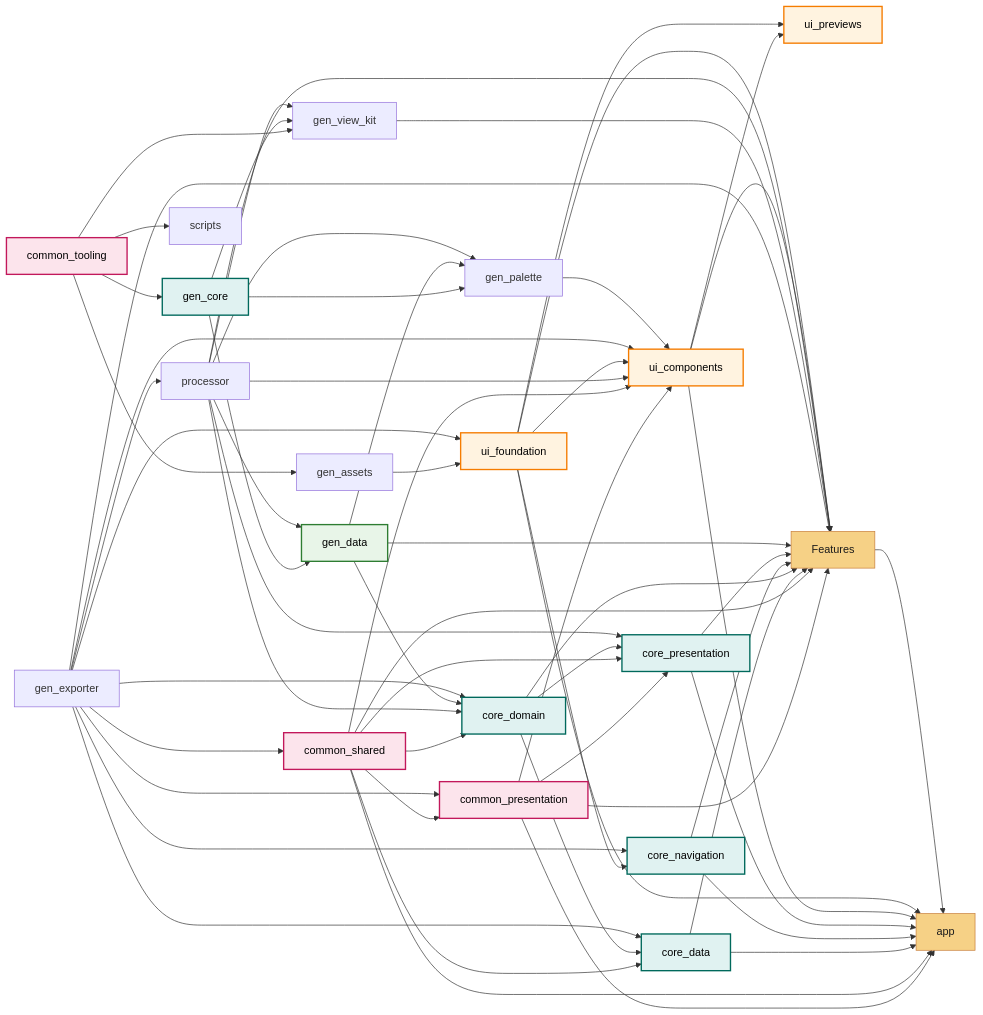
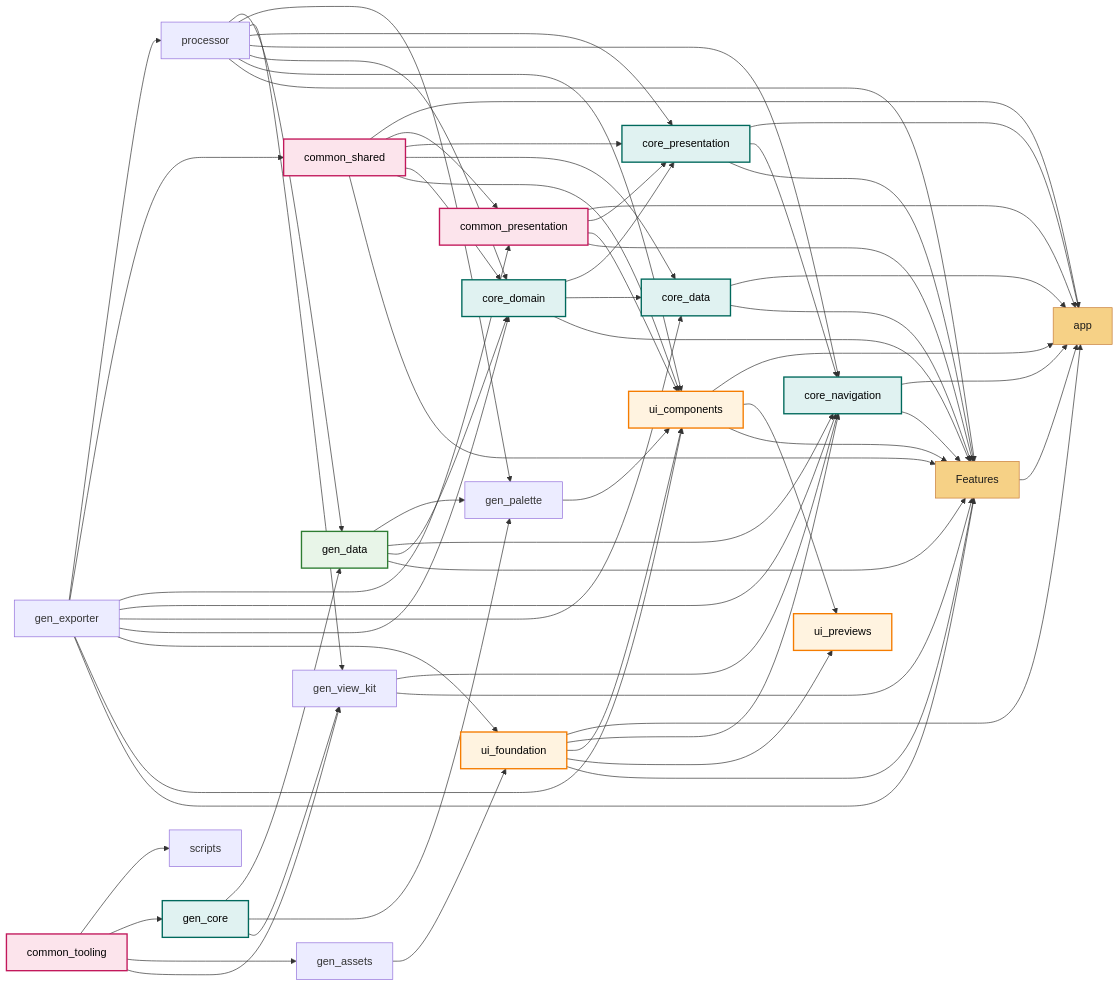
Before and after one commit to hhumbetovv/fullstack-template: the first of 4 diagrams in flutter/module_graph.md, drawn with Mermaid. The commit also changed 39 other files, not shown here.

```diff
--- a/flutter/module_graph.md
+++ b/flutter/module_graph.md
@@ -62,8 +62,12 @@
     common_shared --> core_presentation
     core_domain --> core_presentation
     processor --> core_presentation
+    core_presentation --> core_navigation
+    processor --> core_navigation
     ui_foundation --> core_navigation
+    gen_data --> core_navigation
     gen_exporter --> core_navigation
+    gen_view_kit --> core_navigation
     common_shared --> core_data
     core_domain --> core_data
     gen_exporter --> core_data
```
